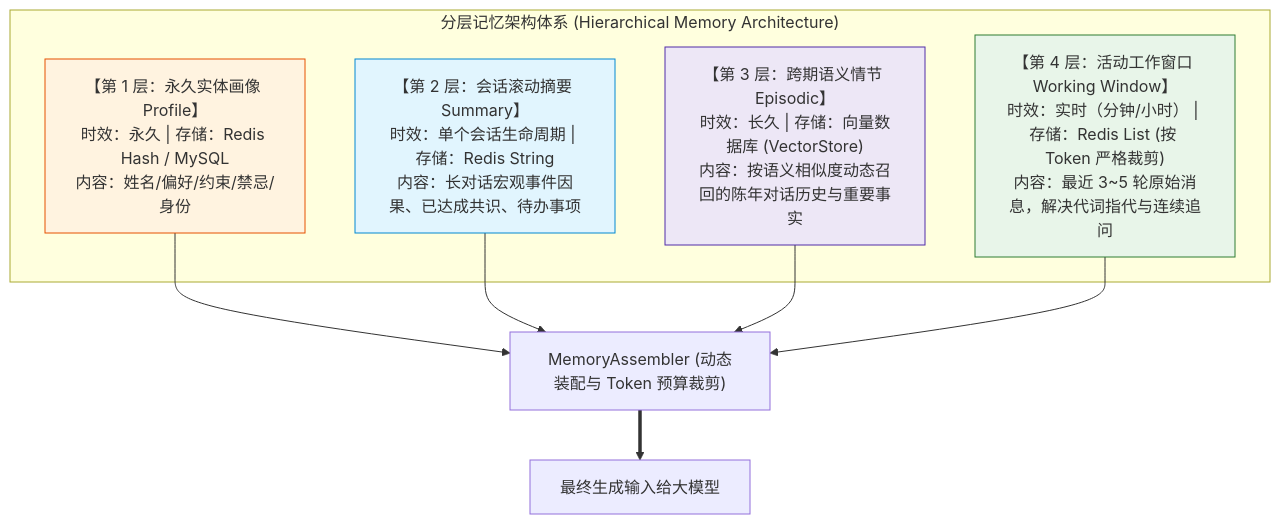
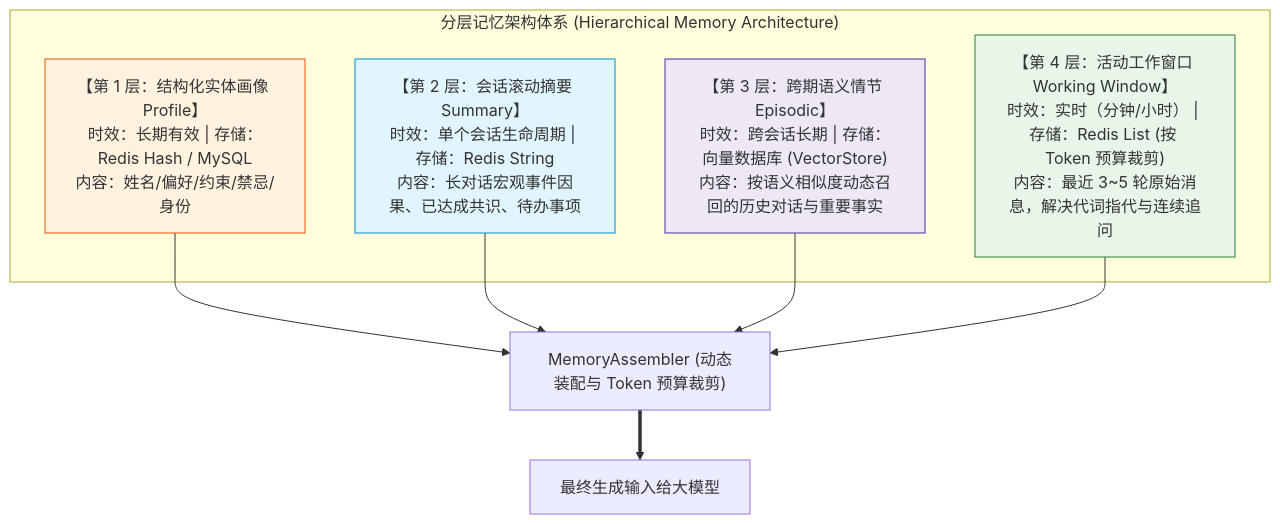
The diagram in 10-AI应用开发/04-多轮对话与上下文工程/06-分层记忆.md (GuoWWWX/knowledge-base), drawn with Mermaid before and after one commit. The commit also changed other lines of this file and 251 other files, not shown here.

````diff
--- a/10-AI应用开发/04-多轮对话与上下文工程/06-分层记忆.md
+++ b/10-AI应用开发/04-多轮对话与上下文工程/06-分层记忆.md
@@ -41,20 +29,20 @@
 ```mermaid
 graph TD
     subgraph Layers["分层记忆架构体系 (Hierarchical Memory Architecture)"]
-        L1["【第 1 层：永久实体画像 Profile】<br/>时效：永久 | 存储：Redis Hash / MySQL<br/>内容：姓名/偏好/约束/禁忌/身份"]
+        L1["【第 1 层：结构化实体画像 Profile】<br/>时效：长期有效 | 存储：Redis Hash / MySQL<br/>内容：姓名/偏好/约束/禁忌/身份"]
         L2["【第 2 层：会话滚动摘要 Summary】<br/>时效：单个会话生命周期 | 存储：Redis String<br/>内容：长对话宏观事件因果、已达成共识、待办事项"]
-        L3["【第 3 层：跨期语义情节 Episodic】<br/>时效：长久 | 存储：向量数据库 (VectorStore)<br/>内容：按语义相似度动态召回的陈年对话历史与重要事实"]
-        L4["【第 4 层：活动工作窗口 Working Window】<br/>时效：实时（分钟/小时） | 存储：Redis List (按 Token 严格裁剪)<br/>内容：最近 3~5 轮原始消息，解决代词指代与连续追问"]
+        L3["【第 3 层：跨期语义情节 Episodic】<br/>时效：跨会话长期 | 存储：向量数据库 (VectorStore)<br/>内容：按语义相似度动态召回的历史对话与重要事实"]
+        L4["【第 4 层：活动工作窗口 Working Window】<br/>时效：实时（分钟/小时） | 存储：Redis List (按 Token 预算裁剪)<br/>内容：最近 3~5 轮原始消息，解决代词指代与连续追问"]
     end
 
     L1 --> Assembler["MemoryAssembler (动态装配与 Token 预算裁剪)"]
     L2 --> Assembler
     L3 --> Assembler
     L4 --> Assembler
     Assembler ==> LLM["最终生成输入给大模型"]
 
     style L1 fill:#fff3e0,stroke:#e65100,stroke-width:1px
     style L2 fill:#e1f5fe,stroke:#0288d1,stroke-width:1px
     style L3 fill:#ede7f6,stroke:#512da8,stroke-width:1px
     style L4 fill:#e8f5e9,stroke:#2e7d32,stroke-width:1px
 ```
````
